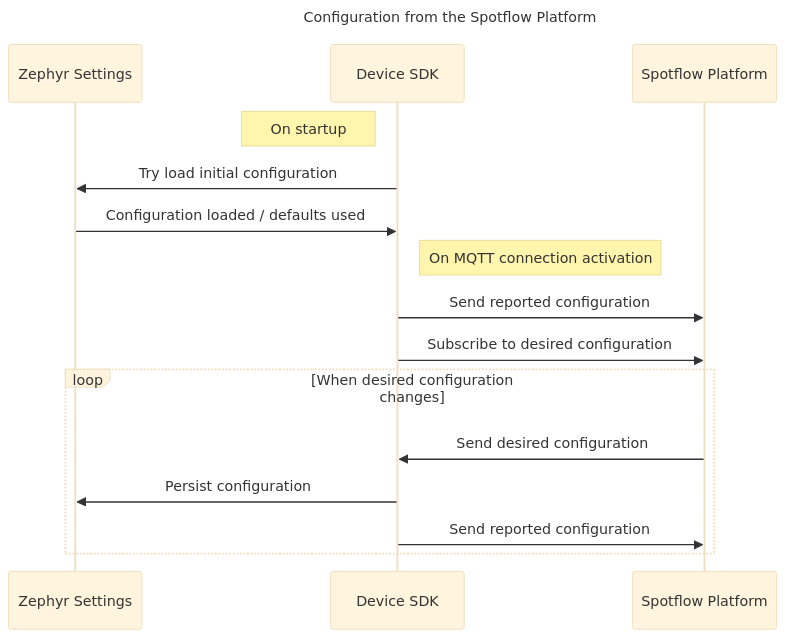
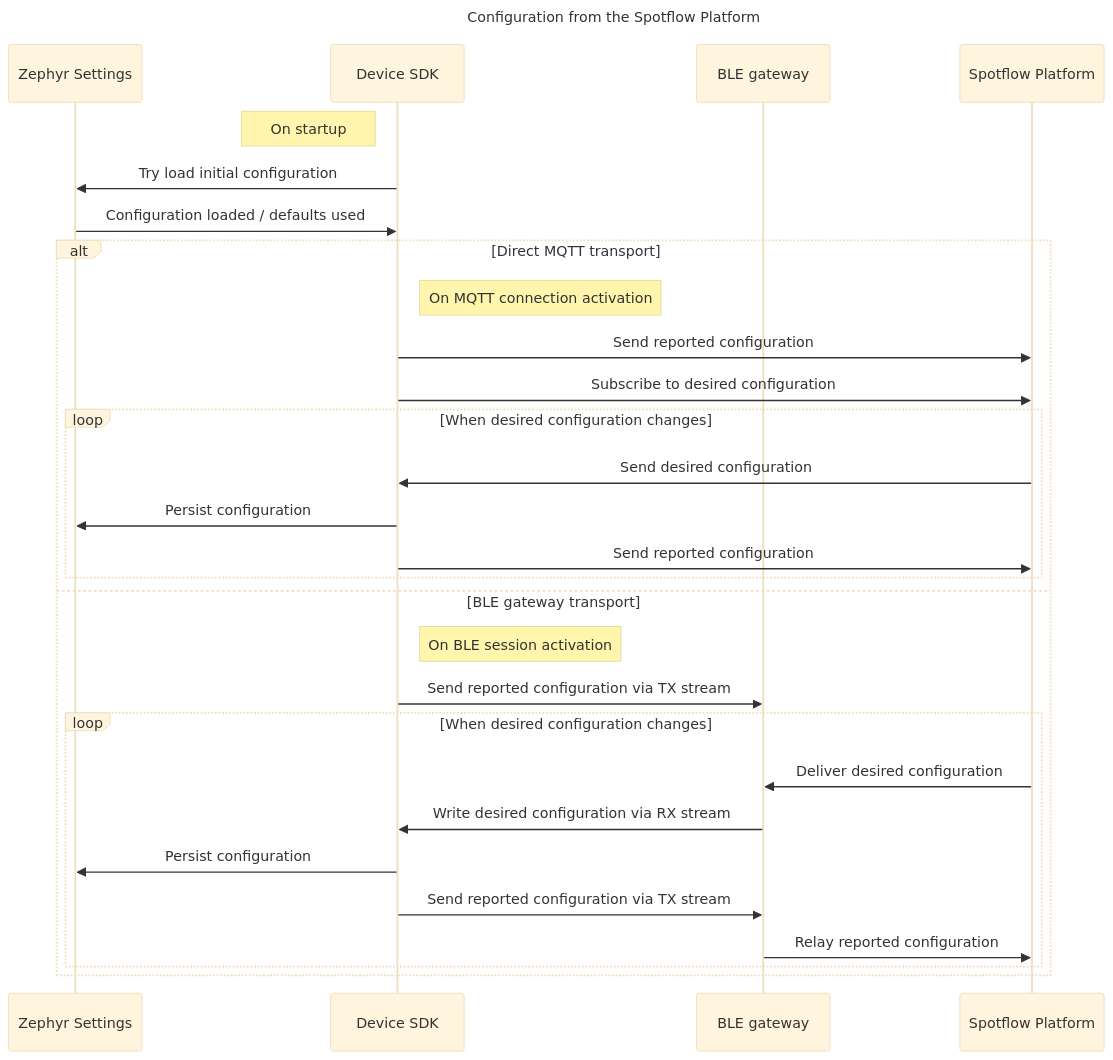
Before and after one commit to spotflow-io/device-sdk: the third of 3 diagrams in README.md, drawn with Mermaid (base theme). The commit also changed other lines of this file and 77 other files, not shown here.

````diff
--- a/README.md
+++ b/README.md
@@ -96,23 +120,37 @@
 ```mermaid
 ---
 title: Configuration from the Spotflow Platform
 ---
 sequenceDiagram
 participant ZS as Zephyr Settings
 participant SDK as Device SDK
+participant GW as BLE gateway
 participant PM as Spotflow Platform
 
 Note left of SDK: On startup
 SDK ->> ZS: Try load initial configuration
 ZS ->> SDK: Configuration loaded / defaults used
 
-Note right of SDK: On MQTT connection activation
-SDK ->> PM: Send reported configuration
-SDK ->> PM: Subscribe to desired configuration
+alt Direct MQTT transport
+    Note right of SDK: On MQTT connection activation
+    SDK ->> PM: Send reported configuration
+    SDK ->> PM: Subscribe to desired configuration
 
-loop When desired configuration changes
-PM ->> SDK: Send desired configuration
-SDK ->> ZS: Persist configuration
-SDK ->> PM: Send reported configuration
+    loop When desired configuration changes
+        PM ->> SDK: Send desired configuration
+        SDK ->> ZS: Persist configuration
+        SDK ->> PM: Send reported configuration
+    end
+else BLE gateway transport
+    Note right of SDK: On BLE session activation
+    SDK ->> GW: Send reported configuration via TX stream
+
+    loop When desired configuration changes
+        PM ->> GW: Deliver desired configuration
+        GW ->> SDK: Write desired configuration via RX stream
+        SDK ->> ZS: Persist configuration
+        SDK ->> GW: Send reported configuration via TX stream
+        GW ->> PM: Relay reported configuration
+    end
 end
 ```
````
